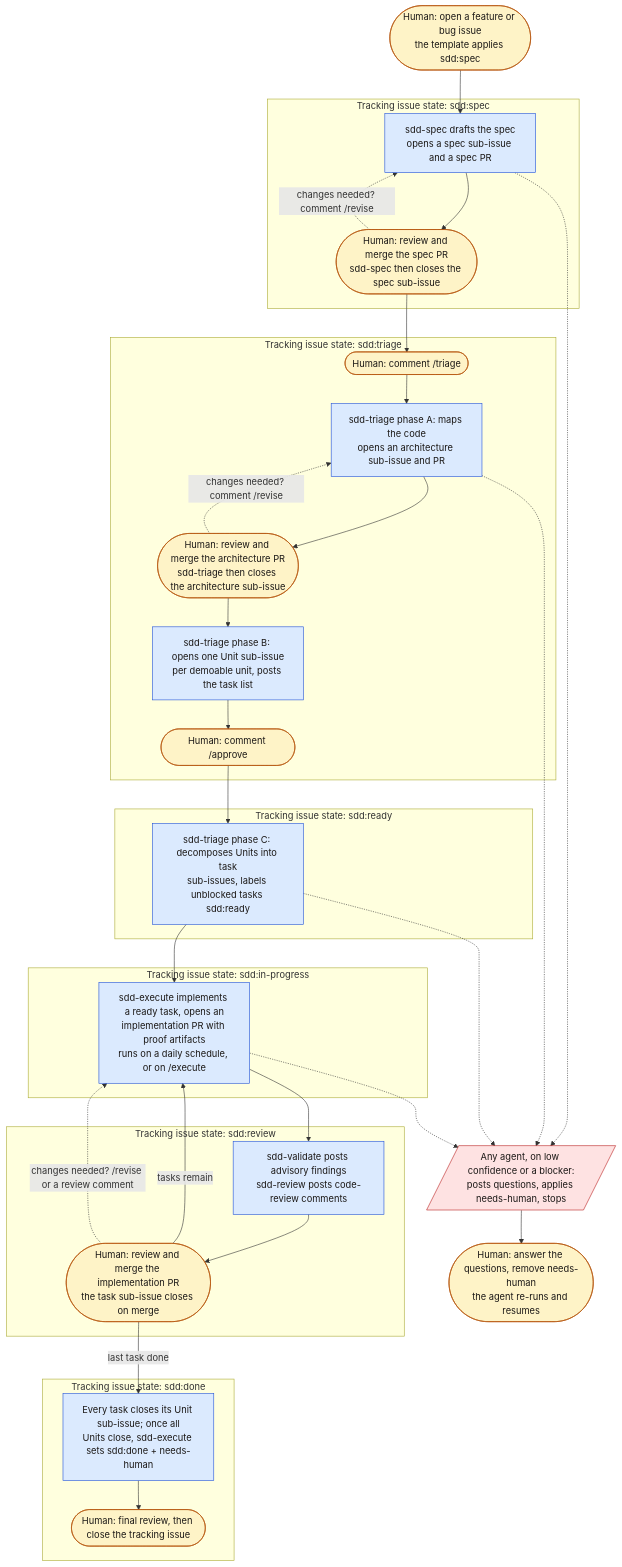
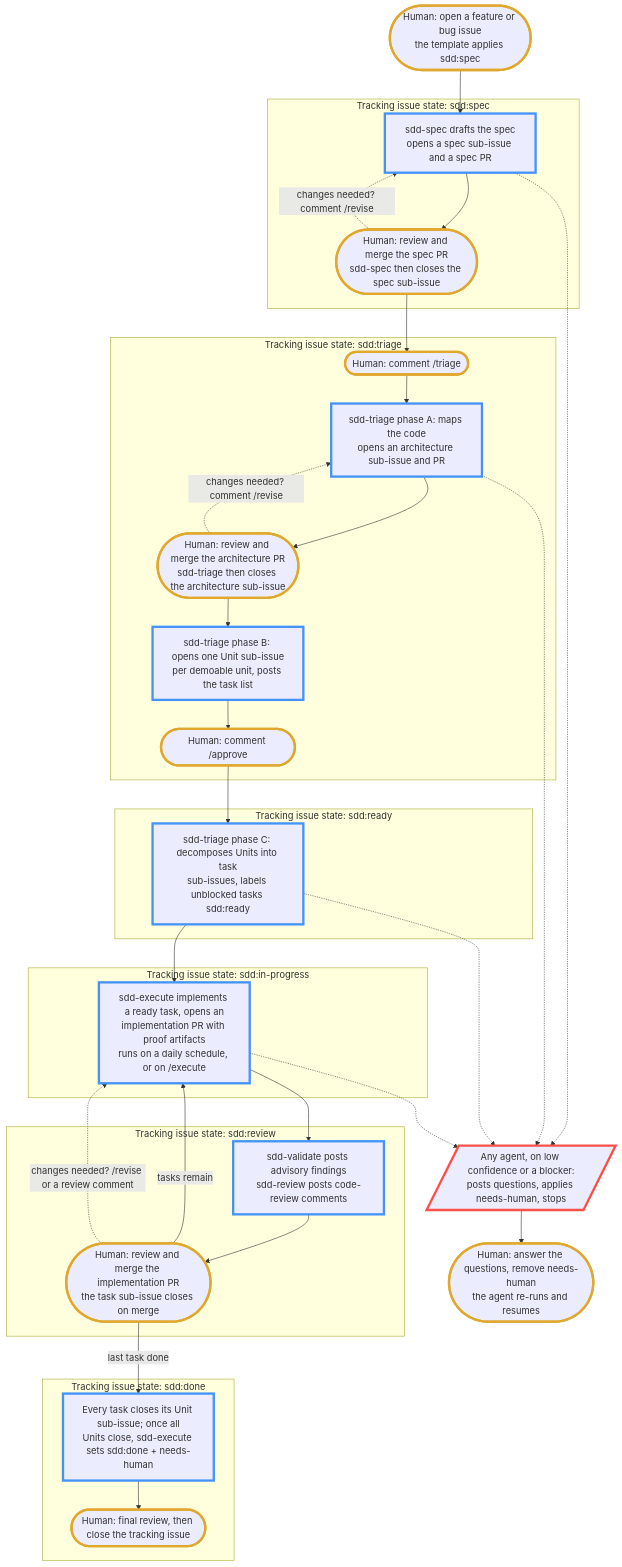
Before and after one commit to norrietaylor/spectacles: the diagram in docs/sdd/index.md, drawn with Mermaid. The commit also changed other lines of this file, not shown here.

First line of the commit message:
Fix Mermaid diagram readability in dark mode

````diff
--- a/docs/sdd/index.md
+++ b/docs/sdd/index.md
@@ -37,56 +38,56 @@
 ```mermaid
 flowchart TD
-    classDef human fill:#fef3c7,stroke:#b45309,color:#1c1917;
-    classDef agent fill:#dbeafe,stroke:#1d4ed8,color:#1c1917;
-    classDef handoff fill:#fee2e2,stroke:#b91c1c,color:#1c1917;
+    classDef human stroke:#e0a82e,stroke-width:4px;
+    classDef agent stroke:#4493f8,stroke-width:4px;
+    classDef handoff stroke:#f85149,stroke-width:4px;
 
     open([Human: open a feature or bug issue<br/>the template applies sdd:spec]):::human
 
     subgraph s_spec [Tracking issue state: sdd:spec]
         a_spec[sdd-spec drafts the spec<br/>opens a spec sub-issue and a spec PR]:::agent
         h_spec([Human: review and merge the spec PR<br/>sdd-spec then closes the spec sub-issue]):::human
     end
 
     subgraph s_triage [Tracking issue state: sdd:triage]
         h_triage([Human: comment /triage]):::human
         a_arch[sdd-triage phase A: maps the code<br/>opens an architecture sub-issue and PR]:::agent
         h_arch([Human: review and merge the architecture PR<br/>sdd-triage then closes the architecture sub-issue]):::human
         a_units[sdd-triage phase B: opens one Unit sub-issue<br/>per demoable unit, posts the task list]:::agent
         h_approve([Human: comment /approve]):::human
     end
 
     subgraph s_ready [Tracking issue state: sdd:ready]
         a_tasks[sdd-triage phase C: decomposes Units into task<br/>sub-issues, labels unblocked tasks sdd:ready]:::agent
     end
 
     subgraph s_progress [Tracking issue state: sdd:in-progress]
         a_exec[sdd-execute implements a ready task, opens an<br/>implementation PR with proof artifacts<br/>runs on a daily schedule, or on /execute]:::agent
     end
 
     subgraph s_review [Tracking issue state: sdd:review]
         a_check[sdd-validate posts advisory findings<br/>sdd-review posts code-review comments]:::agent
         h_merge([Human: review and merge the implementation PR<br/>the task sub-issue closes on merge]):::human
     end
 
     subgraph s_done [Tracking issue state: sdd:done]
         a_done[Every task closes its Unit sub-issue; once all<br/>Units close, sdd-execute sets sdd:done + needs-human]:::agent
         h_close([Human: final review, then close the tracking issue]):::human
     end
 
     open --> a_spec --> h_spec --> h_triage --> a_arch --> h_arch
     h_arch --> a_units --> h_approve --> a_tasks --> a_exec --> a_check --> h_merge
     h_merge -->|tasks remain| a_exec
     h_merge -->|last task done| a_done --> h_close
 
     hand[/"Any agent, on low confidence or a blocker:<br/>posts questions, applies needs-human, stops"/]:::handoff
     ans([Human: answer the questions, remove needs-human<br/>the agent re-runs and resumes]):::human
     a_spec -.-> hand
     a_arch -.-> hand
     a_tasks -.-> hand
     a_exec -.-> hand
     hand --> ans
 
     h_spec -.->|changes needed? comment /revise| a_spec
     h_arch -.->|changes needed? comment /revise| a_arch
     h_merge -.->|changes needed? /revise or a review comment| a_exec
 ```
````
